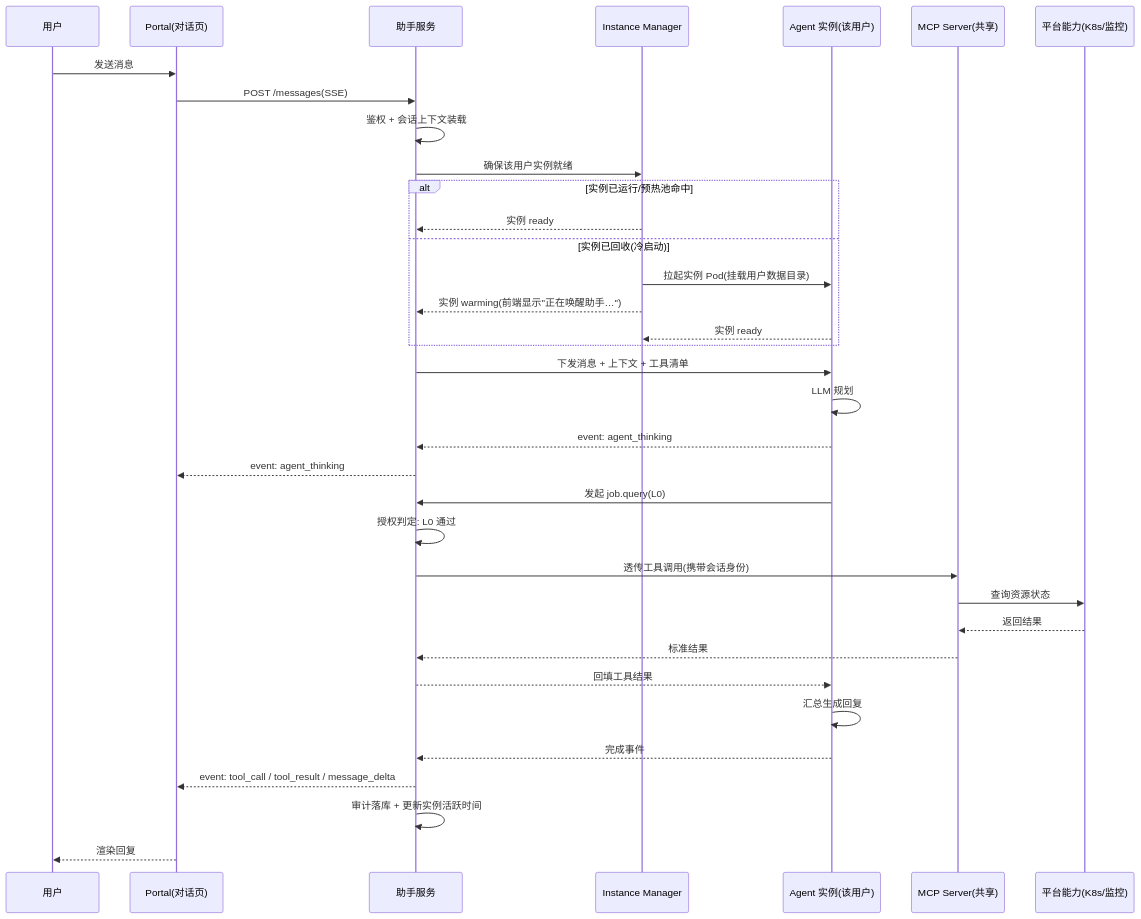
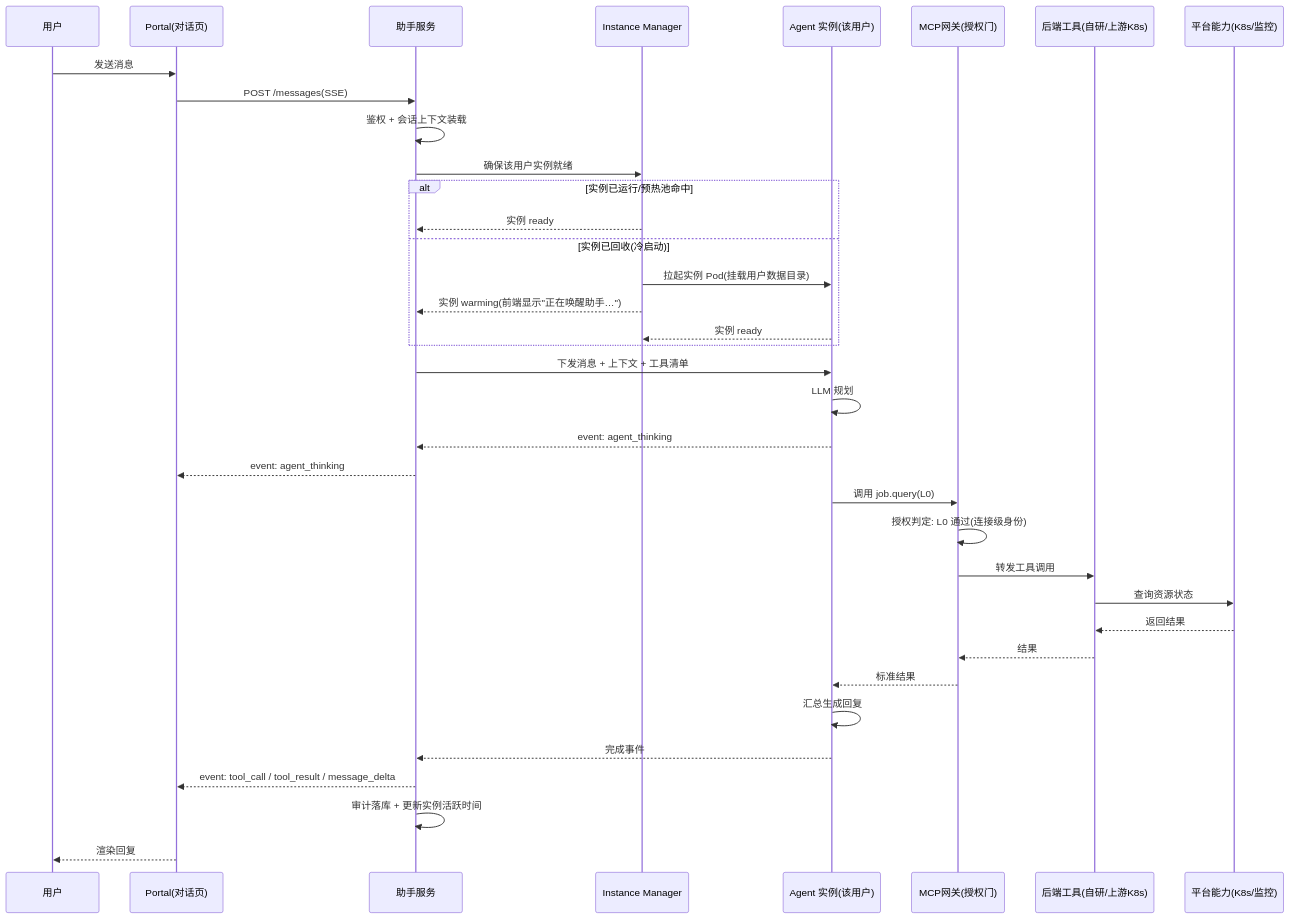
One commit to suanova/cubepilot changed the fourth of 14 diagrams in docs/CubeStack 平台智能助手模块详细设计文档.md. Above: the diagram before and after it, drawn with Mermaid. The commit also changed other lines of this file, not shown here.

Commit message:
docs: refine CubePilot design — naming, MCP gateway routing, dry-run & key CRD protection

````diff
--- a/docs/CubeStack 平台智能助手模块详细设计文档.md
+++ b/docs/CubeStack 平台智能助手模块详细设计文档.md
@@ -658,38 +704,39 @@
 ```mermaid
 sequenceDiagram
     participant U as 用户
     participant P as Portal(对话页)
     participant AS as 助手服务
     participant IM as Instance Manager
     participant AG as Agent 实例(该用户)
-    participant MCP as MCP Server(共享)
+    participant GW as MCP网关(授权门)
+    participant BE as 后端工具(自研/上游K8s)
     participant K8s as 平台能力(K8s/监控)
 
     U->>P: 发送消息
     P->>AS: POST /messages(SSE)
     AS->>AS: 鉴权 + 会话上下文装载
     AS->>IM: 确保该用户实例就绪
     alt 实例已运行/预热池命中
         IM-->>AS: 实例 ready
     else 实例已回收(冷启动)
         IM->>AG: 拉起实例 Pod(挂载用户数据目录)
         IM-->>AS: 实例 warming(前端显示"正在唤醒助手…")
         AG-->>IM: 实例 ready
     end
     AS->>AG: 下发消息 + 上下文 + 工具清单
     AG->>AG: LLM 规划
     AG-->>AS: event: agent_thinking
     AS-->>P: event: agent_thinking
-    AG->>AS: 发起 job.query(L0)
-    AS->>AS: 授权判定: L0 通过
-    AS->>MCP: 透传工具调用(携带会话身份)
-    MCP->>K8s: 查询资源状态
-    K8s-->>MCP: 返回结果
-    MCP-->>AS: 标准结果
-    AS-->>AG: 回填工具结果
+    AG->>GW: 调用 job.query(L0)
+    GW->>GW: 授权判定: L0 通过(连接级身份)
+    GW->>BE: 转发工具调用
+    BE->>K8s: 查询资源状态
+    K8s-->>BE: 返回结果
+    BE-->>GW: 结果
+    GW-->>AG: 标准结果
     AG->>AG: 汇总生成回复
     AG-->>AS: 完成事件
     AS-->>P: event: tool_call / tool_result / message_delta
     AS->>AS: 审计落库 + 更新实例活跃时间
     P-->>U: 渲染回复
 ```
````
